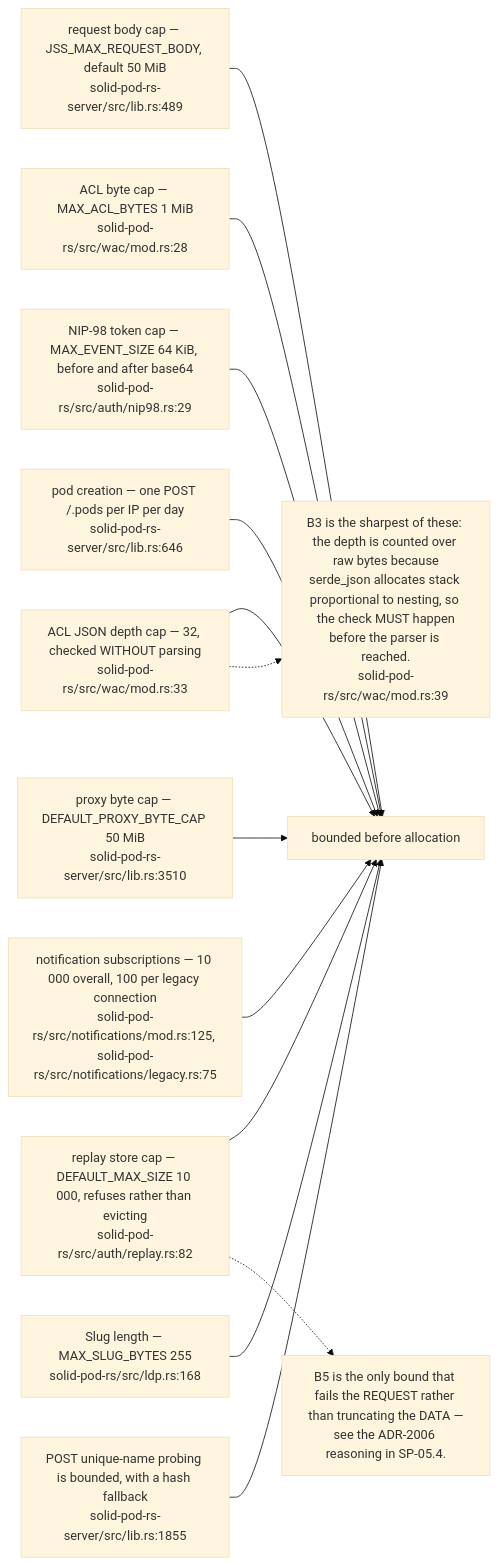
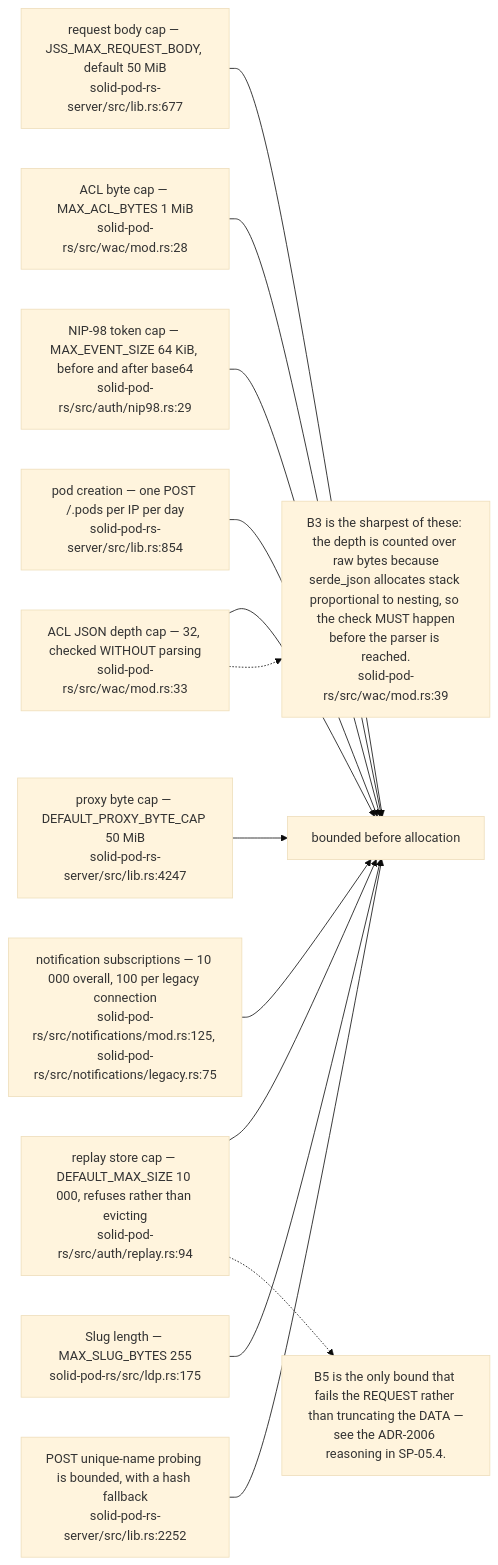
One commit to DreamLab-AI/VisionFlow changed the tenth of 13 diagrams in docs/diagrams/solid-pod-rs/10-failure-modes-and-invariants.md. Above: the diagram before and after it, drawn with Mermaid (base theme). The commit also changed other lines of this file and 2 other files, not shown here.

First line of the commit message:
docs(diagrams): SP-07, SP-10, SP-15 re-verified at solid-pod-rs a28a748

````diff
--- a/docs/diagrams/solid-pod-rs/10-failure-modes-and-invariants.md
+++ b/docs/diagrams/solid-pod-rs/10-failure-modes-and-invariants.md
@@ -302,29 +315,29 @@
 ```mermaid
 flowchart LR
-    B1["request body cap — JSS_MAX_REQUEST_BODY, default 50 MiB<br/>solid-pod-rs-server/src/lib.rs:489"]
+    B1["request body cap — JSS_MAX_REQUEST_BODY, default 50 MiB<br/>solid-pod-rs-server/src/lib.rs:677"]
     B2["ACL byte cap — MAX_ACL_BYTES 1 MiB<br/>solid-pod-rs/src/wac/mod.rs:28"]
     B3["ACL JSON depth cap — 32, checked WITHOUT parsing<br/>solid-pod-rs/src/wac/mod.rs:33"]
     B4["NIP-98 token cap — MAX_EVENT_SIZE 64 KiB, before and after base64<br/>solid-pod-rs/src/auth/nip98.rs:29"]
-    B5["replay store cap — DEFAULT_MAX_SIZE 10 000, refuses rather than evicting<br/>solid-pod-rs/src/auth/replay.rs:82"]
-    B6["pod creation — one POST /.pods per IP per day<br/>solid-pod-rs-server/src/lib.rs:646"]
-    B7["proxy byte cap — DEFAULT_PROXY_BYTE_CAP 50 MiB<br/>solid-pod-rs-server/src/lib.rs:3510"]
+    B5["replay store cap — DEFAULT_MAX_SIZE 10 000, refuses rather than evicting<br/>solid-pod-rs/src/auth/replay.rs:94"]
+    B6["pod creation — one POST /.pods per IP per day<br/>solid-pod-rs-server/src/lib.rs:854"]
+    B7["proxy byte cap — DEFAULT_PROXY_BYTE_CAP 50 MiB<br/>solid-pod-rs-server/src/lib.rs:4247"]
     B8["notification subscriptions — 10 000 overall, 100 per legacy connection<br/>solid-pod-rs/src/notifications/mod.rs:125, solid-pod-rs/src/notifications/legacy.rs:75"]
-    B9["Slug length — MAX_SLUG_BYTES 255<br/>solid-pod-rs/src/ldp.rs:168"]
-    B10["POST unique-name probing is bounded, with a hash fallback<br/>solid-pod-rs-server/src/lib.rs:1855"]
+    B9["Slug length — MAX_SLUG_BYTES 255<br/>solid-pod-rs/src/ldp.rs:175"]
+    B10["POST unique-name probing is bounded, with a hash fallback<br/>solid-pod-rs-server/src/lib.rs:2252"]
 
     B1 --> D["bounded before allocation"]
     B2 --> D
     B3 --> D
     B4 --> D
     B5 --> D
     B6 --> D
     B7 --> D
     B8 --> D
     B9 --> D
     B10 --> D
 
     N["B3 is the sharpest of these: the depth is counted over raw bytes because<br/>serde_json allocates stack proportional to nesting, so the check MUST happen<br/>before the parser is reached.<br/>solid-pod-rs/src/wac/mod.rs:39"]
     B3 -.-> N
     N2["B5 is the only bound that fails the REQUEST rather than truncating the DATA —<br/>see the ADR-2006 reasoning in SP-05.4."]
     B5 -.-> N2
 ```
````
